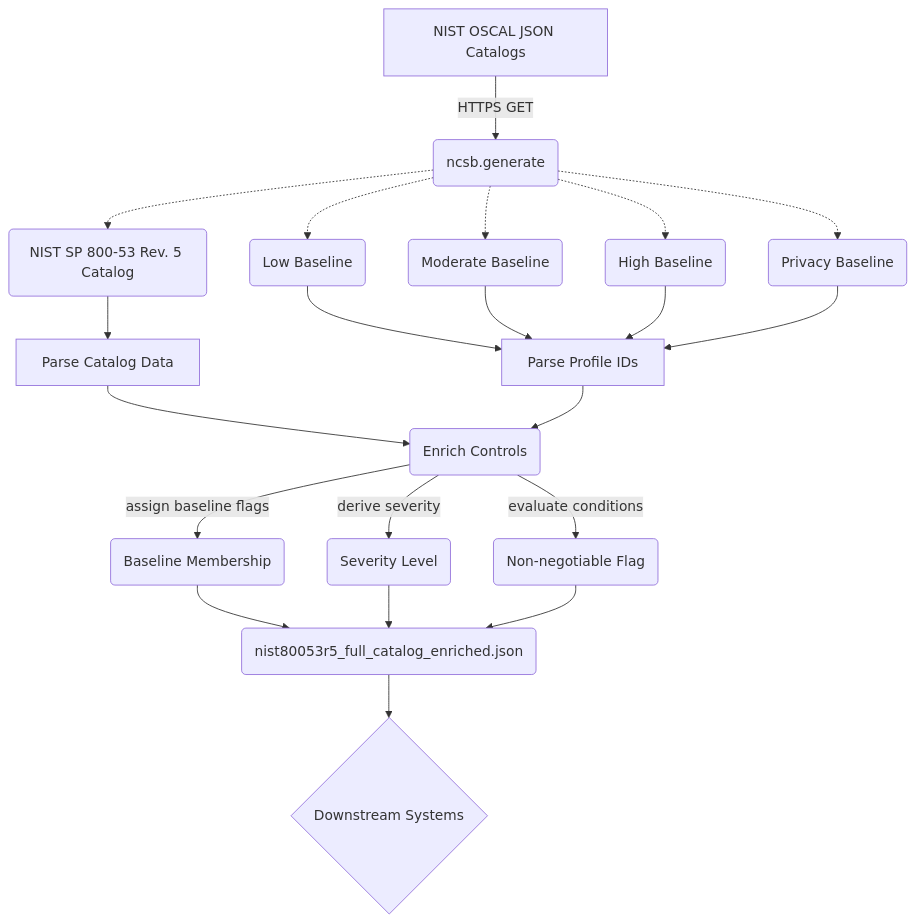
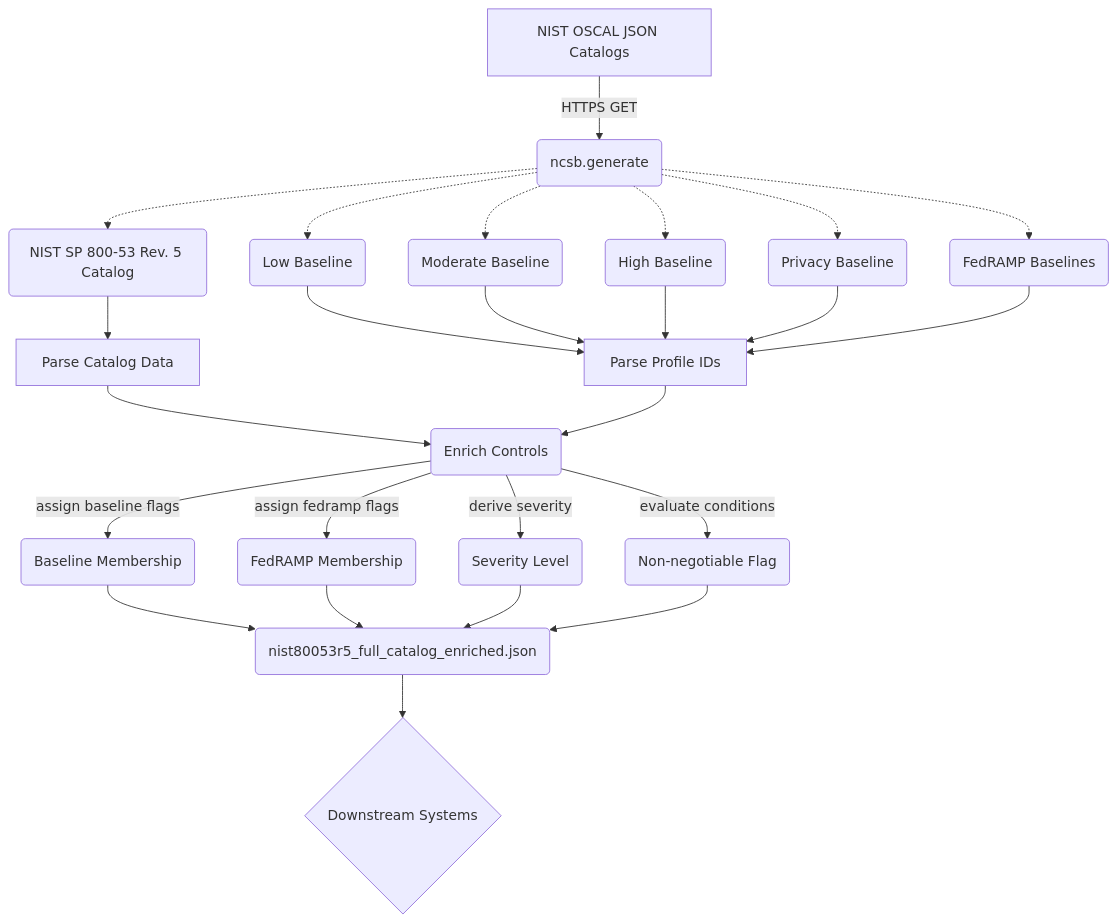
The diagram in README.md (sadayamuthu/nist-cloud-security-baseline), drawn with Mermaid before and after one commit. The commit also changed other lines of this file and 3 other files, not shown here.

Commit message:
feat: Add FedRAMP baseline support

````diff
--- a/README.md
+++ b/README.md
@@ -61,29 +66,33 @@
 ```mermaid
 graph TD
     A[NIST OSCAL JSON Catalogs] -->|HTTPS GET| B(ncsb.generate)
     
     subparse1(NIST SP 800-53 Rev. 5 Catalog) --> parse_catalog[Parse Catalog Data]
     subparse2(Low Baseline) --> parse_profile[Parse Profile IDs]
     subparse3(Moderate Baseline) --> parse_profile
     subparse4(High Baseline) --> parse_profile
     subparse5(Privacy Baseline) --> parse_profile
+    subparse6(FedRAMP Baselines) --> parse_profile
 
     B -.-> subparse1
     B -.-> subparse2
     B -.-> subparse3
     B -.-> subparse4
     B -.-> subparse5
+    B -.-> subparse6
 
     parse_catalog --> Enrich(Enrich Controls)
     parse_profile --> Enrich
 
     Enrich --> |assign baseline flags| C1(Baseline Membership)
+    Enrich --> |assign fedramp flags| C1b(FedRAMP Membership)
     Enrich --> |derive severity| C2(Severity Level)
     Enrich --> |evaluate conditions| C3(Non-negotiable Flag)
 
     C1 --> Out(nist80053r5_full_catalog_enriched.json)
+    C1b --> Out
     C2 --> Out
     C3 --> Out
     
     Out --> D{Downstream Systems}
 ```
````
